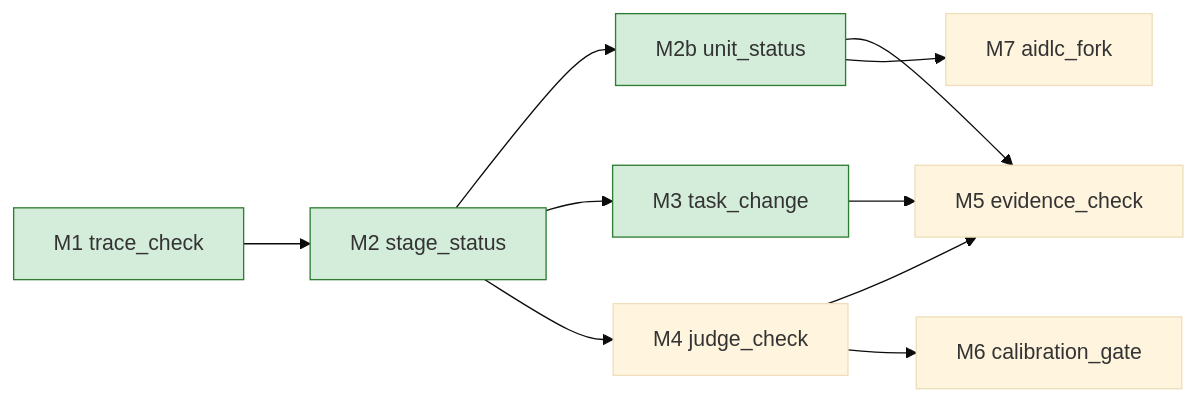
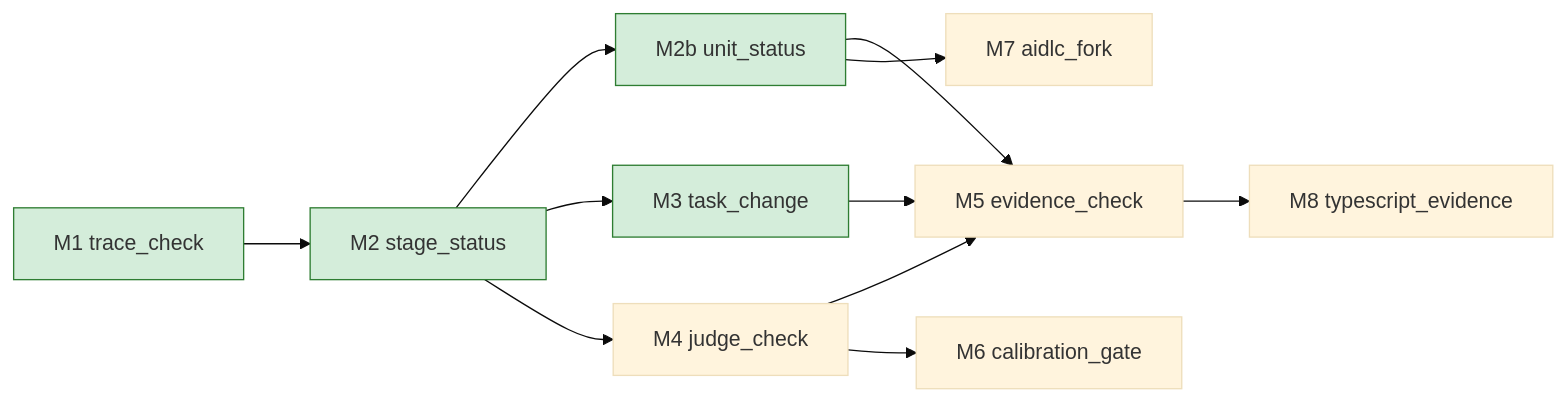
The diagram in docs/design/03-implementation-plan.md (nullrul/earnest), drawn with Mermaid (base theme) before and after one commit. The commit also changed other lines of this file and 4 other files, not shown here.

````diff
--- a/docs/design/03-implementation-plan.md
+++ b/docs/design/03-implementation-plan.md
@@ -15,14 +15,15 @@
 ```mermaid
 flowchart LR
   M1["M1 trace_check"] --> M2["M2 stage_status"]
   M2 --> M2b["M2b unit_status"]
   M2 --> M3["M3 task_change"]
   M2 --> M4["M4 judge_check"]
   M2b --> M5["M5 evidence_check"]
   M2b --> M7["M7 aidlc_fork"]
   M3 --> M5
   M4 --> M5
   M4 --> M6["M6 calibration_gate"]
+  M5 --> M8["M8 typescript_evidence"]
   classDef done fill:#d4edda,stroke:#2e7d32
   class M1,M2,M2b,M3 done
 ```
````
